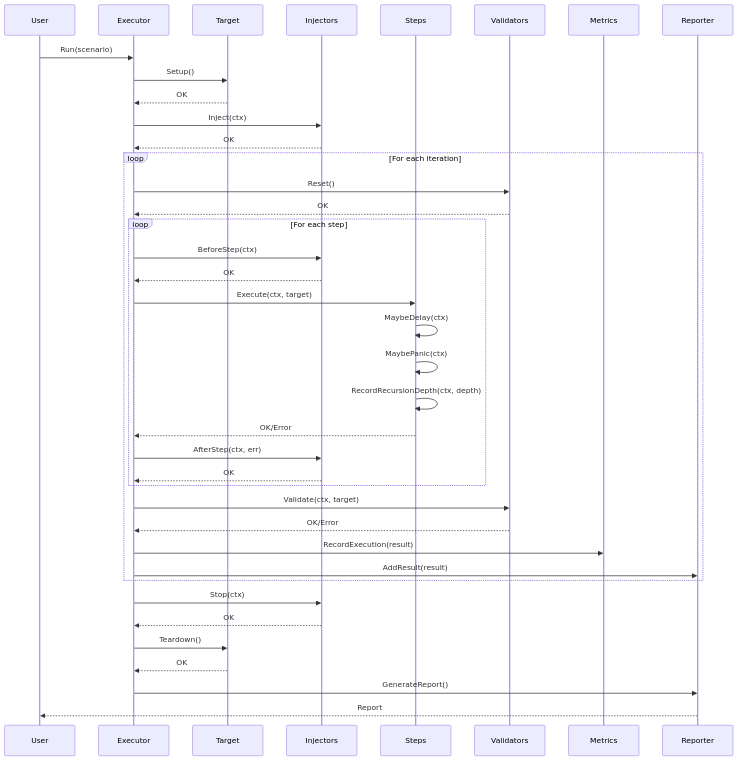
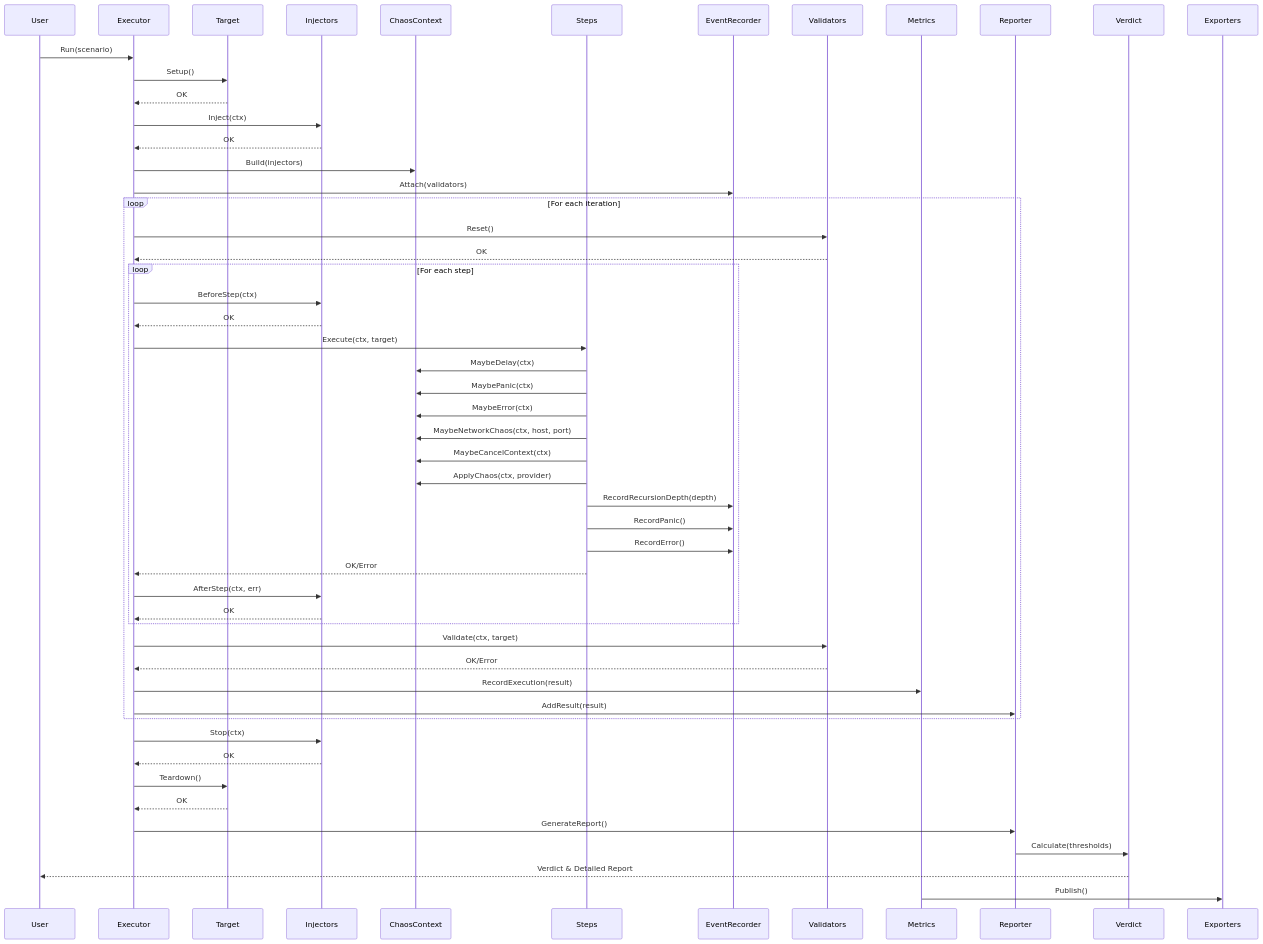
The third of 13 diagrams in ARCHITECTURE.md (rom8726/chaoskit), drawn with Mermaid before and after one commit. The commit also changed other lines of this file and 2 other files, not shown here.

````diff
--- a/ARCHITECTURE.md
+++ b/ARCHITECTURE.md
@@ -91,52 +130,66 @@
 ```mermaid
 sequenceDiagram
     participant User
     participant Executor
     participant Target
     participant Injectors
+    participant ChaosContext
     participant Steps
+    participant EventRecorder
     participant Validators
     participant Metrics
     participant Reporter
+    participant Verdict
+    participant Exporters
     
     User->>Executor: Run(scenario)
     Executor->>Target: Setup()
     Target-->>Executor: OK
     
     Executor->>Injectors: Inject(ctx)
     Injectors-->>Executor: OK
+    Executor->>ChaosContext: Build(injectors)
+    Executor->>EventRecorder: Attach(validators)
     
     loop For each iteration
         Executor->>Validators: Reset()
         Validators-->>Executor: OK
         
         loop For each step
             Executor->>Injectors: BeforeStep(ctx)
             Injectors-->>Executor: OK
             
             Executor->>Steps: Execute(ctx, target)
-            Steps->>Steps: MaybeDelay(ctx)
-            Steps->>Steps: MaybePanic(ctx)
-            Steps->>Steps: RecordRecursionDepth(ctx, depth)
+            Steps->>ChaosContext: MaybeDelay(ctx)
+            Steps->>ChaosContext: MaybePanic(ctx)
+            Steps->>ChaosContext: MaybeError(ctx)
+            Steps->>ChaosContext: MaybeNetworkChaos(ctx, host, port)
+            Steps->>ChaosContext: MaybeCancelContext(ctx)
+            Steps->>ChaosContext: ApplyChaos(ctx, provider)
+            Steps->>EventRecorder: RecordRecursionDepth(depth)
+            Steps->>EventRecorder: RecordPanic()
+            Steps->>EventRecorder: RecordError()
             Steps-->>Executor: OK/Error
             
             Executor->>Injectors: AfterStep(ctx, err)
             Injectors-->>Executor: OK
         end
         
         Executor->>Validators: Validate(ctx, target)
         Validators-->>Executor: OK/Error
         
         Executor->>Metrics: RecordExecution(result)
         Executor->>Reporter: AddResult(result)
     end
     
     Executor->>Injectors: Stop(ctx)
     Injectors-->>Executor: OK
     
     Executor->>Target: Teardown()
     Target-->>Executor: OK
     
     Executor->>Reporter: GenerateReport()
-    Reporter-->>User: Report
+    Reporter->>Verdict: Calculate(thresholds)
+    Verdict-->>User: Verdict & Detailed Report
+    Metrics->>Exporters: Publish()
 ```
````
